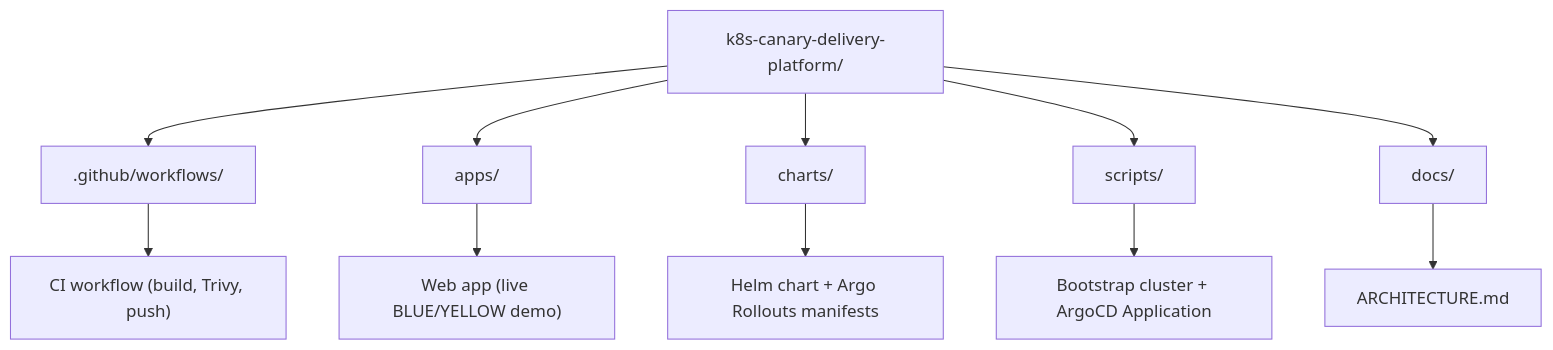
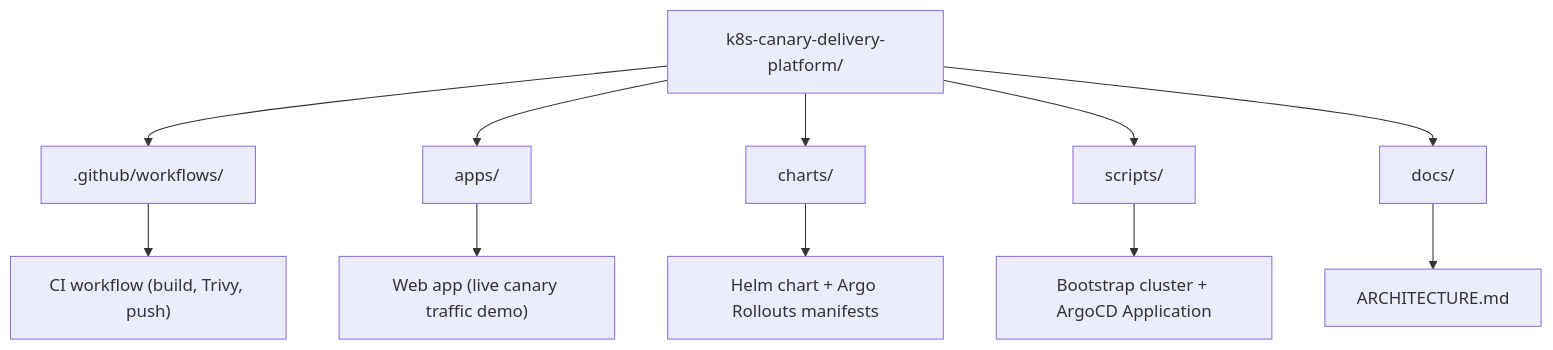
One commit to bullet-ant/k8s-canary-delivery-platform changed the second of 2 diagrams in README.md. Above: the diagram before and after it, drawn with Mermaid. The commit also changed other lines of this file and 9 other files, not shown here.

First line of the commit message:
feat: update canary demo to use version-based traffic visualization

````diff
--- a/README.md
+++ b/README.md
@@ -34,14 +34,14 @@
 ```mermaid
 flowchart TB
     root["k8s-canary-delivery-platform/"]
     root --> github[".github/workflows/"]
     root --> apps["apps/"]
     root --> charts["charts/"]
     root --> scripts["scripts/"]
     root --> docs["docs/"]
     github --> w["CI workflow (build, Trivy, push)"]
-    apps --> m["Web app (live BLUE/YELLOW demo)"]
+    apps --> m["Web app (live canary traffic demo)"]
     charts --> h["Helm chart + Argo Rollouts manifests"]
     scripts --> b["Bootstrap cluster + ArgoCD Application"]
     docs --> a["ARCHITECTURE.md"]
 ```
````
